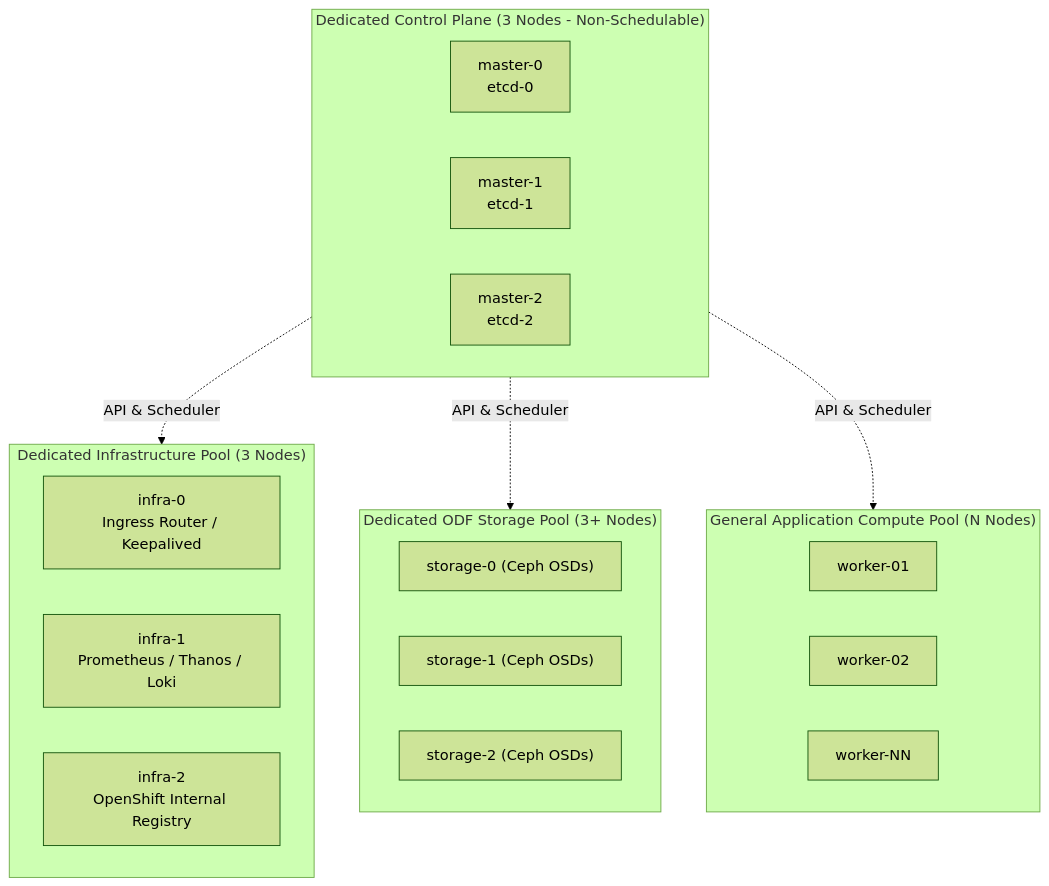
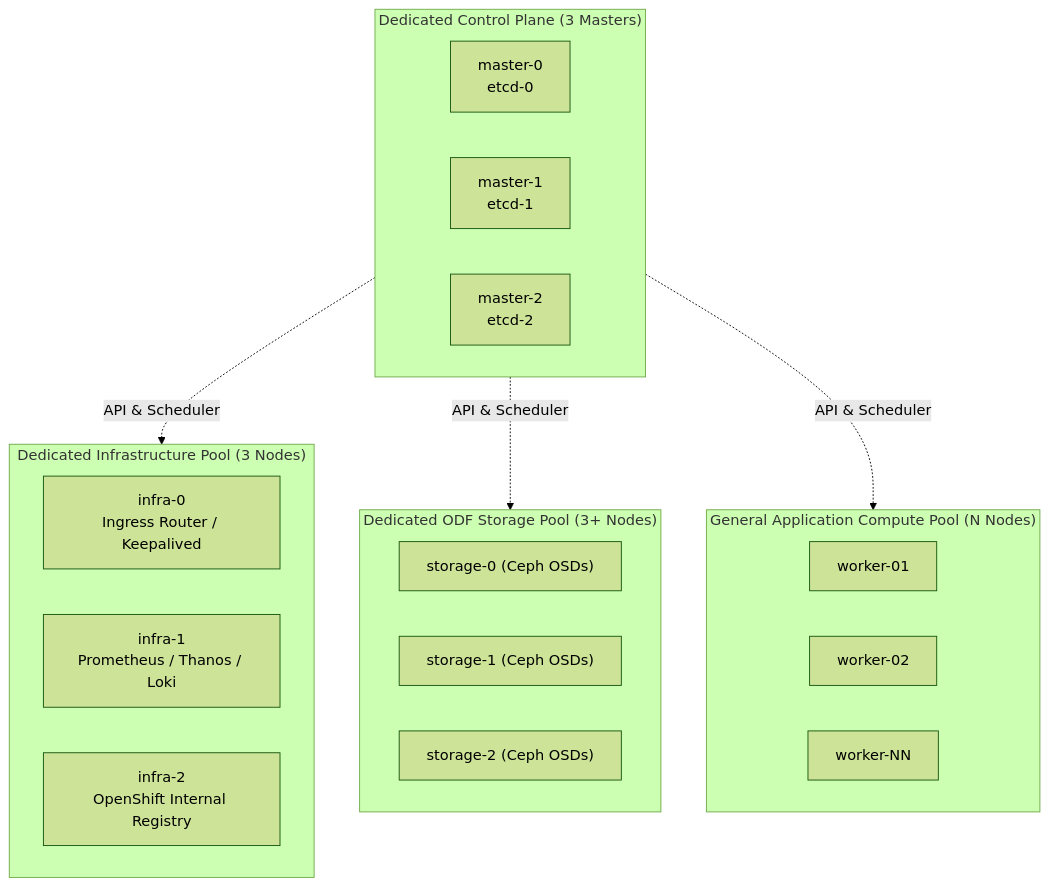
The diagram in docs/01-architecture-topologies/03-standard-ha-multinode.md (nubenetes/openshift-4-20-installation-day0-day2), drawn with Mermaid (forest theme) before and after one commit. The commit also changed 5 other files, not shown here.

Commit message:
style: optimize Mermaid decision tree and diagram node formatting across docs

````diff
--- a/docs/01-architecture-topologies/03-standard-ha-multinode.md
+++ b/docs/01-architecture-topologies/03-standard-ha-multinode.md
@@ -9,30 +9,30 @@
 ```mermaid
 flowchart TD
-    subgraph ControlPlane["Dedicated Control Plane (3 Nodes - Non-Schedulable)"]
+    subgraph ControlPlane[" Dedicated Control Plane (3 Masters) "]
         M1["master-0<br/>etcd-0"]
         M2["master-1<br/>etcd-1"]
         M3["master-2<br/>etcd-2"]
     end
 
     subgraph InfraPool["Dedicated Infrastructure Pool (3 Nodes)"]
         I1["infra-0<br/>Ingress Router / Keepalived"]
         I2["infra-1<br/>Prometheus / Thanos / Loki"]
         I3["infra-2<br/>OpenShift Internal Registry"]
     end
 
     subgraph StoragePool["Dedicated ODF Storage Pool (3+ Nodes)"]
         S1["storage-0 (Ceph OSDs)"]
         S2["storage-1 (Ceph OSDs)"]
         S3["storage-2 (Ceph OSDs)"]
     end
 
     subgraph WorkerPool["General Application Compute Pool (N Nodes)"]
         W1["worker-01"]
         W2["worker-02"]
         WN["worker-NN"]
     end
 
     ControlPlane -.->|API & Scheduler| InfraPool
     ControlPlane -.->|API & Scheduler| StoragePool
     ControlPlane -.->|API & Scheduler| WorkerPool
 ```
````
